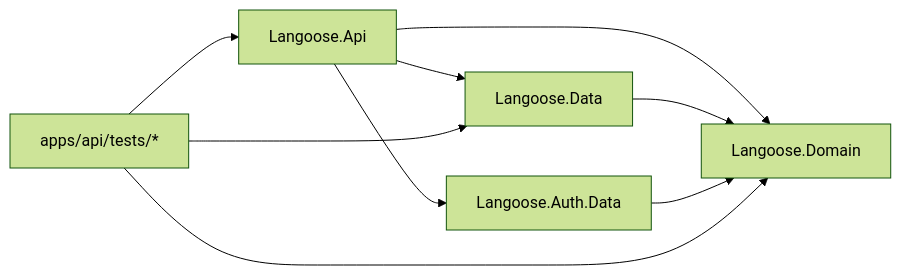
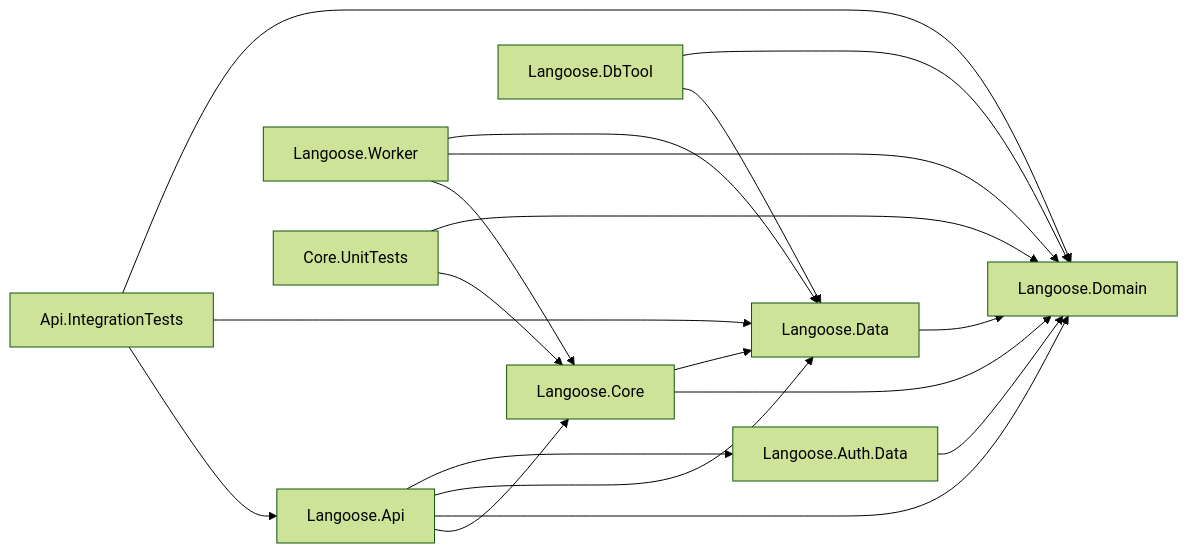
One commit to altav1sta/langoose changed the diagram in docs/agent/architecture-guidance.md. Above: the diagram before and after it, drawn with Mermaid (forest theme). The commit also changed other lines of this file and 17 other files, not shown here.

First line of the commit message:
Update agent guidance for onion architecture and new domain model (#79)

````diff
--- a/docs/agent/architecture-guidance.md
+++ b/docs/agent/architecture-guidance.md
@@ -9,11 +8,21 @@
 ```mermaid
 flowchart LR
-  API["Langoose.Api"] --> Domain["Langoose.Domain"]
-  API --> Data["Langoose.Data"]
-  API --> AuthData["Langoose.Auth.Data"]
+  Api["Langoose.Api"] --> Core["Langoose.Core"]
+  Api --> Domain["Langoose.Domain"]
+  Api --> Data["Langoose.Data"]
+  Api --> AuthData["Langoose.Auth.Data"]
+  Worker["Langoose.Worker"] --> Core
+  Worker --> Domain
+  Worker --> Data
+  Core --> Domain
+  Core --> Data
   Data --> Domain
   AuthData --> Domain
-  Tests["apps/api/tests/*"] --> API
-  Tests --> Data
-  Tests --> Domain
+  DbTool["Langoose.DbTool"] --> Data
+  DbTool --> Domain
+  UnitTests["Core.UnitTests"] --> Core
+  UnitTests --> Domain
+  IntTests["Api.IntegrationTests"] --> Api
+  IntTests --> Data
+  IntTests --> Domain
 ```
````
